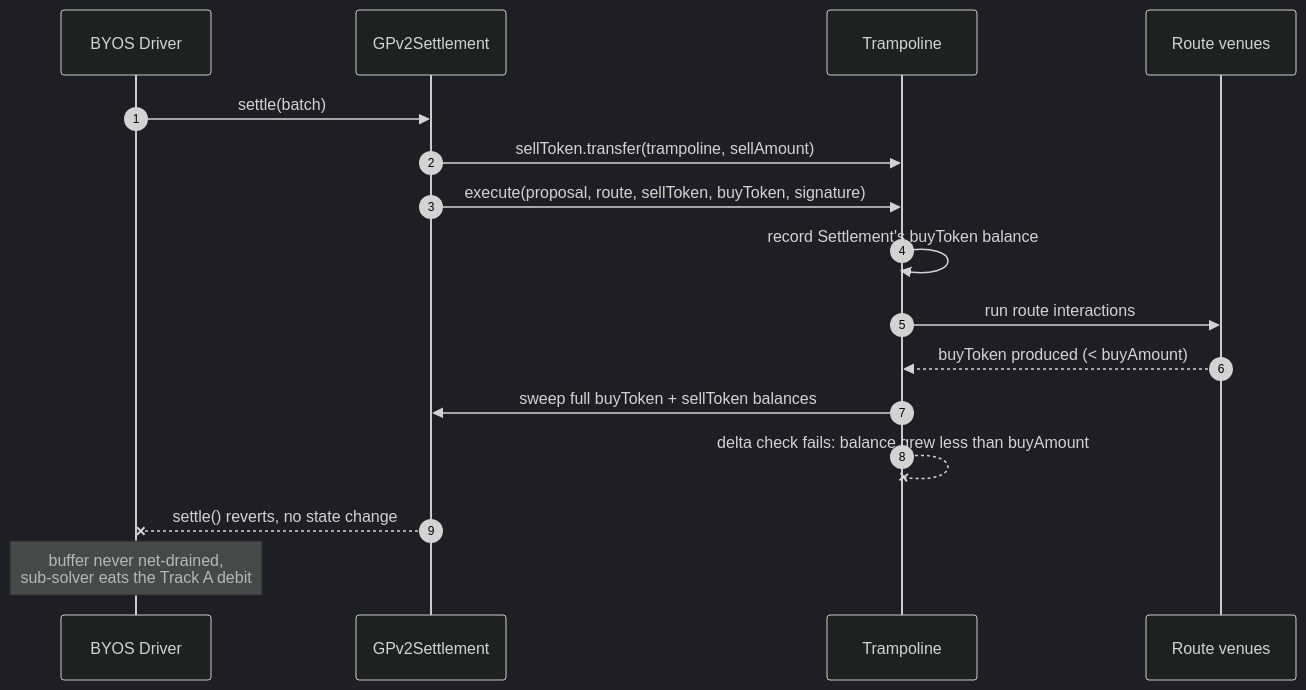
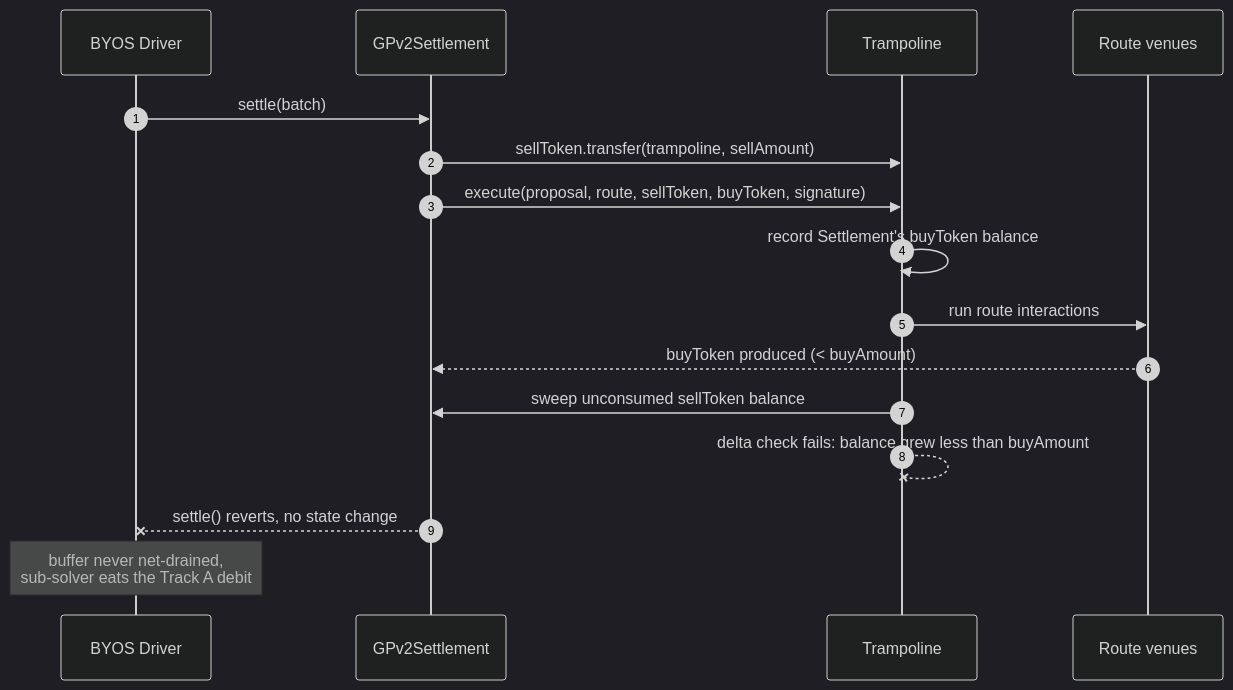
Before and after one commit to bleu/byos-contracts: the second of 3 diagrams in docs/order-flow.md, drawn with Mermaid (dark theme). The commit also changed other lines of this file and 13 other files, not shown here.

````diff
--- a/docs/order-flow.md
+++ b/docs/order-flow.md
@@ -76,19 +77,19 @@
 ```mermaid
 sequenceDiagram
     autonumber
     participant D as BYOS Driver
     participant S as GPv2Settlement
     participant T as Trampoline
     participant R as Route venues
 
     D->>S: settle(batch)
     S->>T: sellToken.transfer(trampoline, sellAmount)
     S->>T: execute(proposal, route, sellToken, buyToken, signature)
     T->>T: record Settlement's buyToken balance
     T->>R: run route interactions
-    R-->>T: buyToken produced (< buyAmount)
-    T->>S: sweep full buyToken + sellToken balances
+    R-->>S: buyToken produced (< buyAmount)
+    T->>S: sweep unconsumed sellToken balance
     T--xT: delta check fails: balance grew less than buyAmount
     S--xD: settle() reverts, no state change
     Note over D: buffer never net-drained,<br/>sub-solver eats the Track A debit
 ```
````
